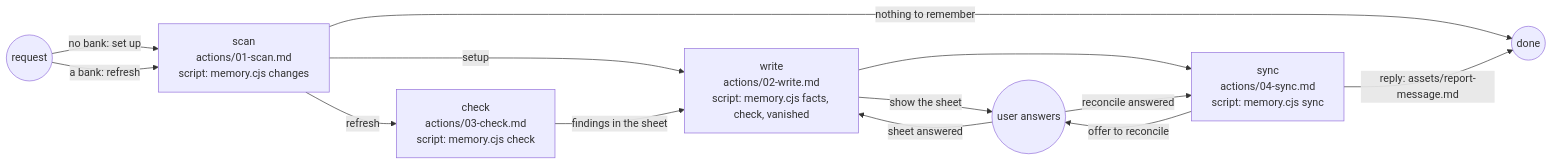
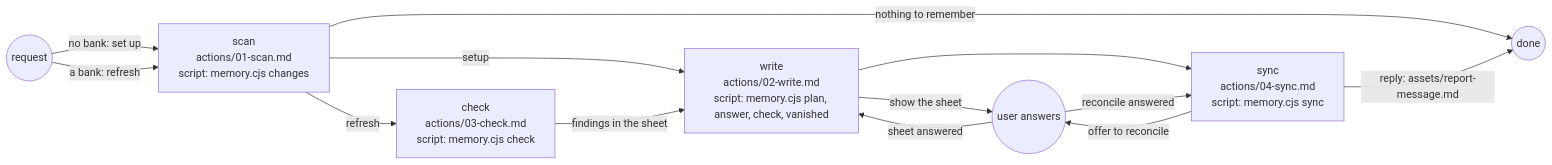
Before and after one commit to ai-driven-dev/framework: the diagram in plugins/aidd-context/skills/02-project-memory/SKILL.md, drawn with Mermaid. The commit also changed 11 other files, not shown here.

First line of the commit message:
feat(aidd-context): print the memory plan and read the reply in the engine

````diff
--- a/plugins/aidd-context/skills/02-project-memory/SKILL.md
+++ b/plugins/aidd-context/skills/02-project-memory/SKILL.md
@@ -11,15 +11,15 @@
 ```mermaid
 flowchart LR
   request((request)) -->|"no bank: set up"| scan["scan<br>actions/01-scan.md<br>script: memory.cjs changes"]
   request -->|"a bank: refresh"| scan
-  scan -->|"setup"| write["write<br>actions/02-write.md<br>script: memory.cjs facts, check, vanished"]
+  scan -->|"setup"| write["write<br>actions/02-write.md<br>script: memory.cjs plan, answer, check, vanished"]
   scan -->|"refresh"| check["check<br>actions/03-check.md<br>script: memory.cjs check"]
   scan -->|"nothing to remember"| done((done))
   check -->|"findings in the sheet"| write
   write -->|"show the sheet"| user((user answers))
   user -->|"sheet answered"| write
   write --> sync
   sync["sync<br>actions/04-sync.md<br>script: memory.cjs sync"] -->|"offer to reconcile"| user
   user -->|"reconcile answered"| sync
   sync -->|"reply: assets/report-message.md"| done
 ```
````
